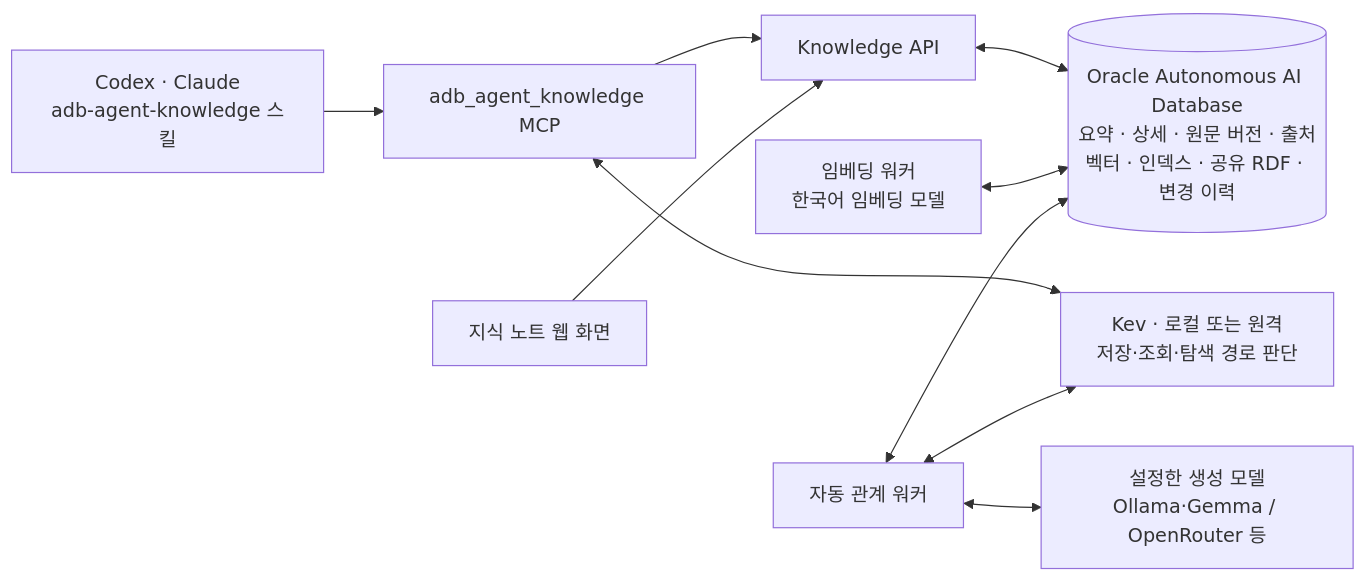
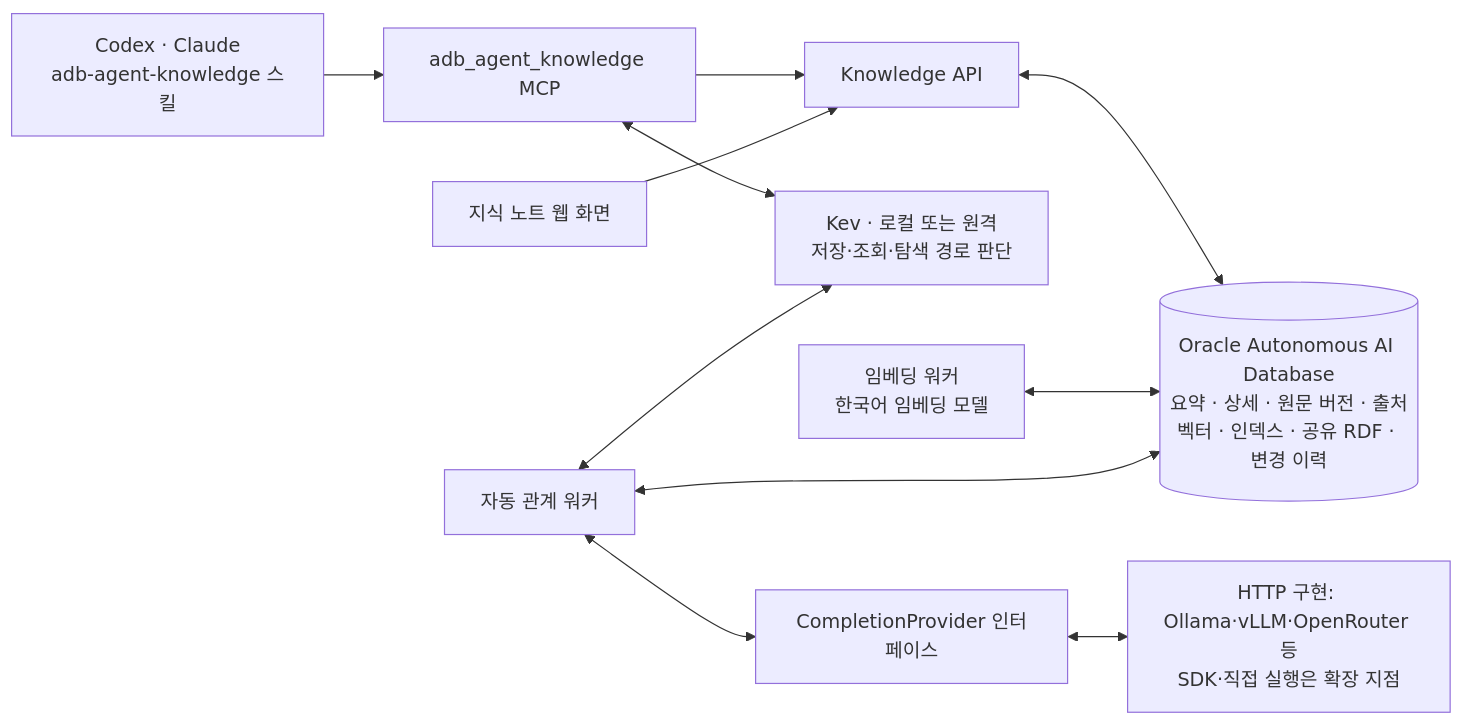
Before and after one commit to devmrko/adb-agent-knowledge: the first of 5 diagrams in docs/guides/storage-retrieval-flow.md, drawn with Mermaid. The commit also changed other lines of this file and 15 other files, not shown here.

Commit message:
Separate service-side LLM provider interface from graph extraction

````diff
--- a/docs/guides/storage-retrieval-flow.md
+++ b/docs/guides/storage-retrieval-flow.md
@@ -7,12 +7,13 @@
 ```mermaid
 flowchart LR
     Agent["Codex · Claude<br/>adb-agent-knowledge 스킬"] --> MCP["adb_agent_knowledge MCP"]
     MCP --> API["Knowledge API"]
     UI["지식 노트 웹 화면"] --> API
     MCP <--> Kev["Kev · 로컬 또는 원격<br/>저장·조회·탐색 경로 판단"]
     API <--> DB[("Oracle Autonomous AI Database<br/>요약 · 상세 · 원문 버전 · 출처<br/>벡터 · 인덱스 · 공유 RDF · 변경 이력")]
     Worker["임베딩 워커<br/>한국어 임베딩 모델"] <--> DB
     GraphWorker["자동 관계 워커"] <--> DB
     GraphWorker <--> Kev
-    GraphWorker <--> LLM["설정한 생성 모델<br/>Ollama·Gemma / OpenRouter 등"]
+    GraphWorker <--> Port["CompletionProvider 인터페이스"]
+    Port <--> LLM["HTTP 구현: Ollama·vLLM·OpenRouter 등<br/>SDK·직접 실행은 확장 지점"]
 ```
````
